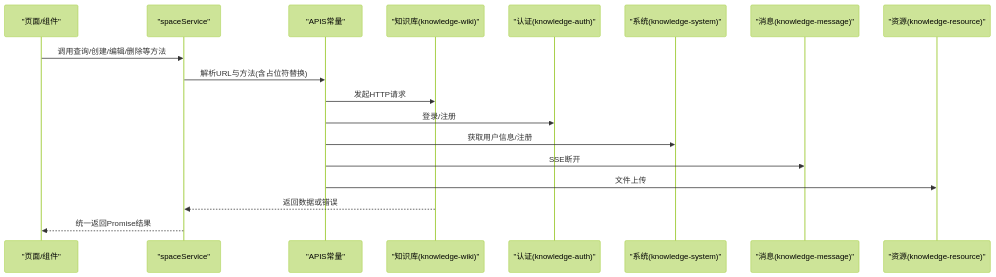
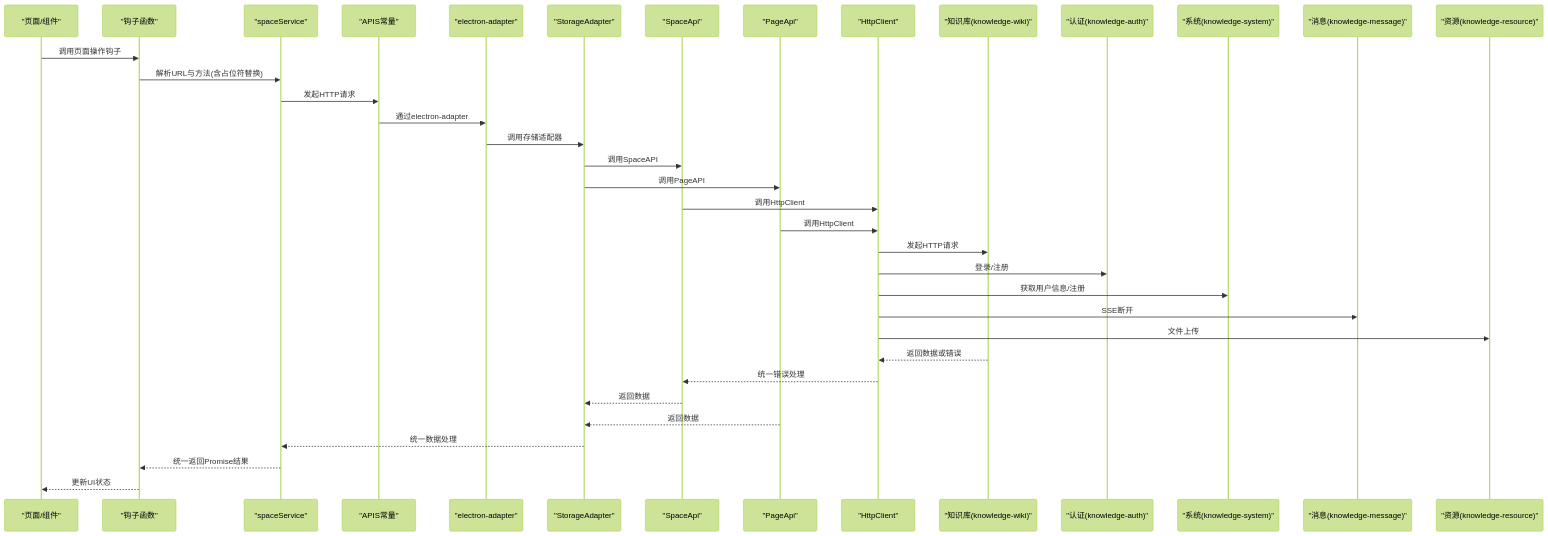
One commit to LRF0422/Kotion changed the second of 6 diagrams in .qoder/repowiki/zh/content/API参考/空间页面API.md. Above: the diagram before and after it, drawn with Mermaid (forest theme). The commit also changed other lines of this file and 75 other files, not shown here.

````diff
--- a/.qoder/repowiki/zh/content/API参考/空间页面API.md
+++ b/.qoder/repowiki/zh/content/API参考/空间页面API.md
@@ -105,20 +177,38 @@
 ```mermaid
 sequenceDiagram
 participant UI as "页面/组件"
+participant HOOK as "钩子函数"
 participant SVC as "spaceService"
 participant API as "APIS常量"
+participant ELEC as "electron-adapter"
+participant STORAGE as "StorageAdapter"
+participant SPACE_API as "SpaceApi"
+participant PAGE_API as "PageApi"
+participant HTTP as "HttpClient"
 participant WIKI as "知识库(knowledge-wiki)"
 participant AUTH as "认证(knowledge-auth)"
 participant SYS as "系统(knowledge-system)"
 participant MSG as "消息(knowledge-message)"
 participant RES as "资源(knowledge-resource)"
-UI->>SVC : 调用查询/创建/编辑/删除等方法
-SVC->>API : 解析URL与方法(含占位符替换)
-API->>WIKI : 发起HTTP请求
-API->>AUTH : 登录/注册
-API->>SYS : 获取用户信息/注册
-API->>MSG : SSE断开
-API->>RES : 文件上传
-WIKI-->>SVC : 返回数据或错误
-SVC-->>UI : 统一返回Promise结果
+UI->>HOOK : 调用页面操作钩子
+HOOK->>SVC : 解析URL与方法(含占位符替换)
+SVC->>API : 发起HTTP请求
+API->>ELEC : 通过electron-adapter
+ELEC->>STORAGE : 调用存储适配器
+STORAGE->>SPACE_API : 调用SpaceAPI
+STORAGE->>PAGE_API : 调用PageAPI
+SPACE_API->>HTTP : 调用HttpClient
+PAGE_API->>HTTP : 调用HttpClient
+HTTP->>WIKI : 发起HTTP请求
+HTTP->>AUTH : 登录/注册
+HTTP->>SYS : 获取用户信息/注册
+HTTP->>MSG : SSE断开
+HTTP->>RES : 文件上传
+WIKI-->>HTTP : 返回数据或错误
+HTTP-->>SPACE_API : 统一错误处理
+SPACE_API-->>STORAGE : 返回数据
+PAGE_API-->>STORAGE : 返回数据
+STORAGE-->>SVC : 统一数据处理
+SVC-->>HOOK : 统一返回Promise结果
+HOOK-->>UI : 更新UI状态
 ```
````
